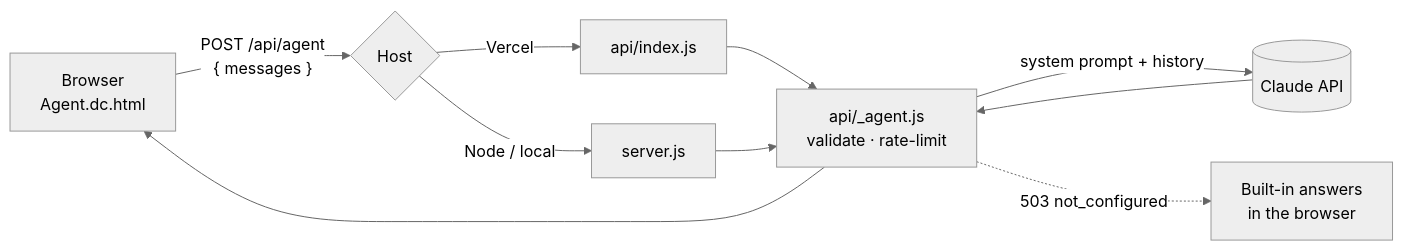
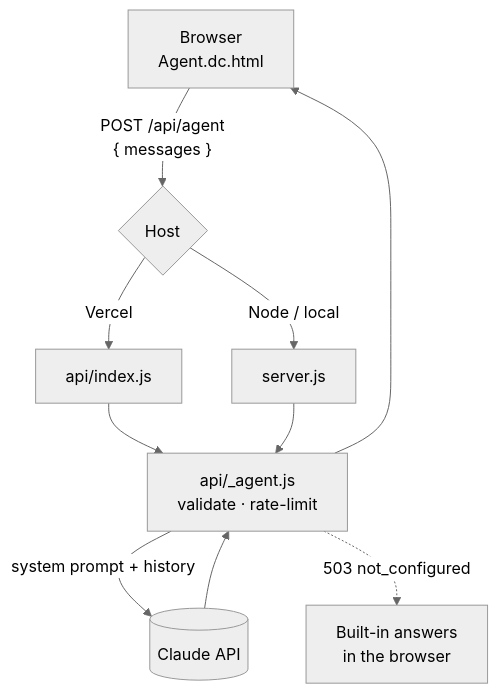
The diagram in README.md (JawadulHadi/juh_Bukhari_Portfolio), drawn with Mermaid (neutral theme) before and after one commit.

````diff
--- a/README.md
+++ b/README.md
@@ -114,11 +114,12 @@
 ```mermaid
-flowchart LR
-    B[Browser<br/>Agent.dc.html] -- "POST /api/agent<br/>{ messages }" --> H{Host}
-    H -->|Vercel| V[api/index.js]
-    H -->|Node / local| E[server.js]
-    V --> A[api/_agent.js<br/>validate · rate-limit]
+flowchart TB
+    B["Browser<br>Agent.dc.html"] -- POST /api/agent<br>{ messages } --> H{"Host"}
+    H -- Vercel --> V["api/index.js"]
+    H -- Node / local --> E["server.js"]
+    V --> A["api/_agent.js<br>validate · rate-limit"]
     E --> A
-    A -- "system prompt + history" --> C[(Claude API)]
-    C --> A --> B
-    A -. "503 not_configured" .-> F[Built-in answers<br/>in the browser]
+    A -- system prompt + history --> C[("Claude API")]
+    C --> A
+    A --> B
+    A -. 503 not_configured .-> F["Built-in answers<br>in the browser"]
 ```
````
